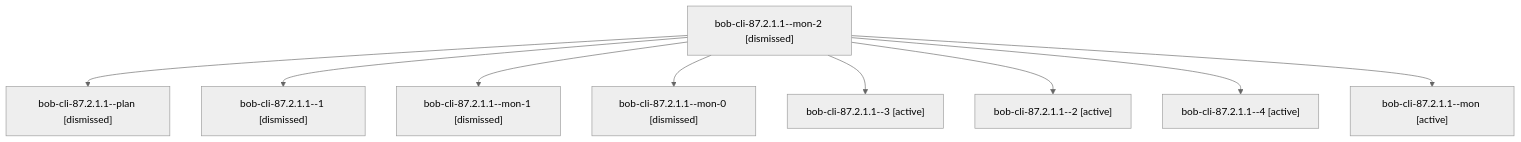
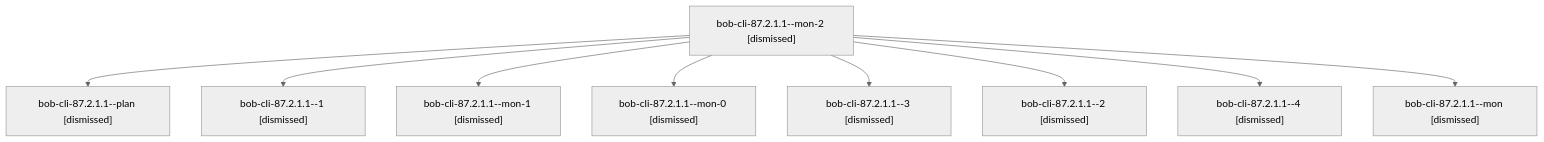
The diagram in sessions/bbugyi200.athena.bob-cli-87.2.1.1.md (bobs-org/bob-cli--agents), drawn with Mermaid (neutral theme) before and after one commit. The commit also changed other lines of this file and 243 other files, not shown here.

````diff
--- a/sessions/bbugyi200.athena.bob-cli-87.2.1.1.md
+++ b/sessions/bbugyi200.athena.bob-cli-87.2.1.1.md
@@ -9,20 +9,20 @@
 ```mermaid
 flowchart TD
   n0["bob-cli-87.2.1.1--mon-2 [dismissed]"]
   n1["bob-cli-87.2.1.1--plan [dismissed]"]
   n0 --> n1
   n2["bob-cli-87.2.1.1--1 [dismissed]"]
   n0 --> n2
   n3["bob-cli-87.2.1.1--mon-1 [dismissed]"]
   n0 --> n3
   n4["bob-cli-87.2.1.1--mon-0 [dismissed]"]
   n0 --> n4
-  n5["bob-cli-87.2.1.1--3 [active]"]
+  n5["bob-cli-87.2.1.1--3 [dismissed]"]
   n0 --> n5
-  n6["bob-cli-87.2.1.1--2 [active]"]
+  n6["bob-cli-87.2.1.1--2 [dismissed]"]
   n0 --> n6
-  n7["bob-cli-87.2.1.1--4 [active]"]
+  n7["bob-cli-87.2.1.1--4 [dismissed]"]
   n0 --> n7
-  n8["bob-cli-87.2.1.1--mon [active]"]
+  n8["bob-cli-87.2.1.1--mon [dismissed]"]
   n0 --> n8
 ```
````
